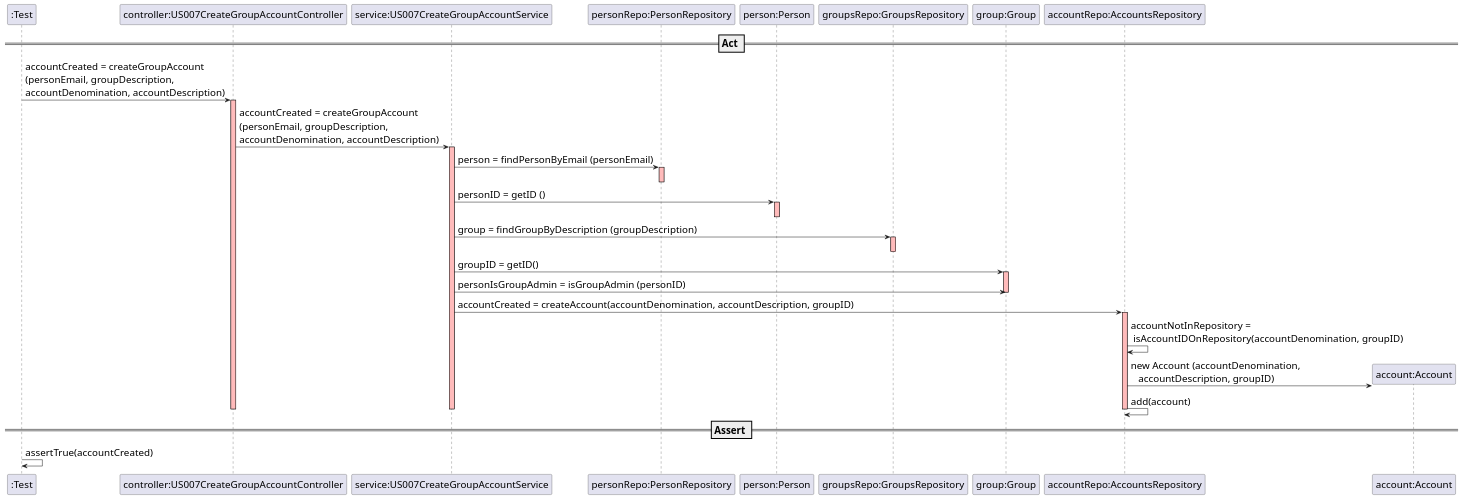
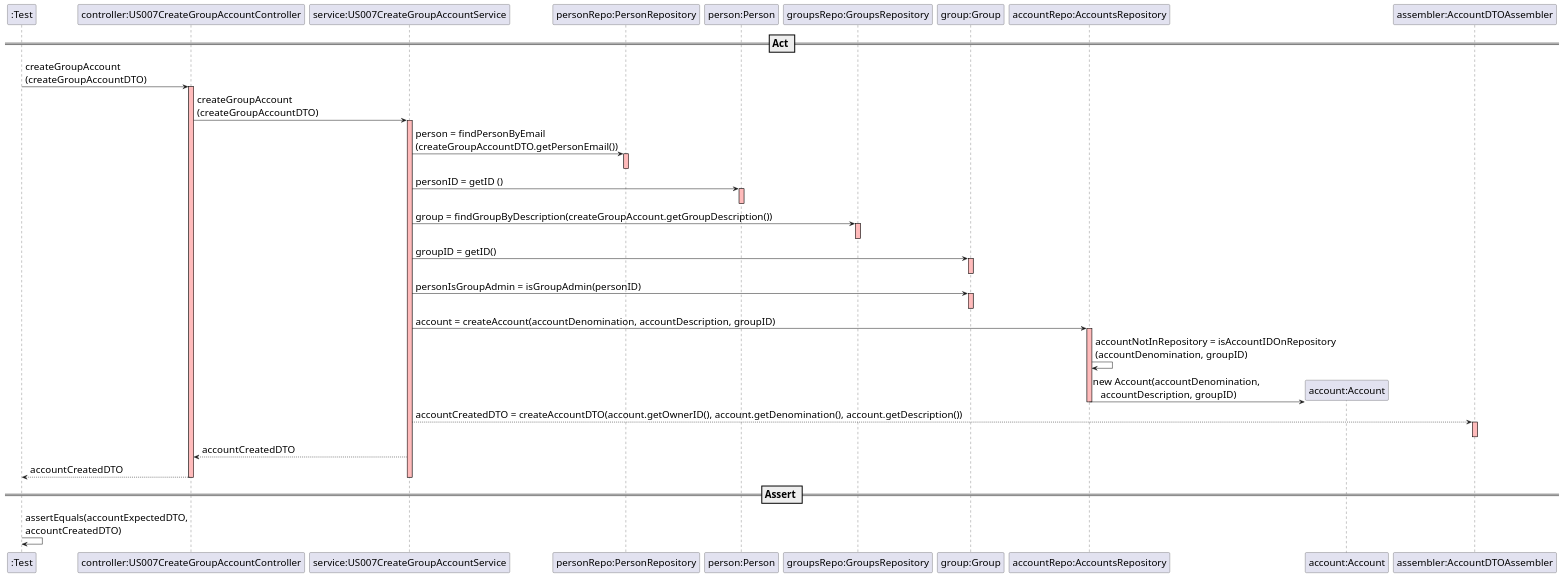
Before and after one commit to mleitaoribeiro/DevOpsMaven: the diagram in src/main/java/switch2019/project/controllerLayer/US007CreateGroupAccountSD.puml, drawn with PlantUML.

Commit message:
ref #653 update sequence Diagram US007

```diff
--- a/src/main/java/switch2019/project/controllerLayer/US007CreateGroupAccountSD.puml
+++ b/src/main/java/switch2019/project/controllerLayer/US007CreateGroupAccountSD.puml
@@ -1,62 +1,68 @@
 @startuml
 skinparam DefaultFontSize 20
 
 participant ":Test"
 participant "controller:US007CreateGroupAccountController"
 participant "service:US007CreateGroupAccountService"
 participant "personRepo:PersonRepository"
 participant "person:Person"
 participant "groupsRepo:GroupsRepository"
 participant "group:Group"
 participant "accountRepo:AccountsRepository"
 participant "account:Account"
+participant "assembler:AccountDTOAssembler"
 
 == Act ==
 
-":Test" -> "controller:US007CreateGroupAccountController" : accountCreated = createGroupAccount\n(personEmail, groupDescription, \naccountDenomination, accountDescription)
+":Test" -> "controller:US007CreateGroupAccountController" : createGroupAccount\n(createGroupAccountDTO)
 activate "controller:US007CreateGroupAccountController"  #FFBBBB
 
-"controller:US007CreateGroupAccountController" -> "service:US007CreateGroupAccountService" : accountCreated = createGroupAccount\n(personEmail, groupDescription, \naccountDenomination, accountDescription)
+"controller:US007CreateGroupAccountController" -> "service:US007CreateGroupAccountService" : createGroupAccount\n(createGroupAccountDTO)
 activate "service:US007CreateGroupAccountService"  #FFBBBB
 
-"service:US007CreateGroupAccountService" -> "personRepo:PersonRepository" : person = findPersonByEmail (personEmail)
+"service:US007CreateGroupAccountService" -> "personRepo:PersonRepository" : person = findPersonByEmail\n(createGroupAccountDTO.getPersonEmail())
 activate "personRepo:PersonRepository"  #FFBBBB
 deactivate "personRepo:PersonRepository"  #FFBBBB
 
 "service:US007CreateGroupAccountService" -> "person:Person" : personID = getID ()
 activate "person:Person"  #FFBBBB
 deactivate "person:Person"  #FFBBBB
 
-"service:US007CreateGroupAccountService" -> "groupsRepo:GroupsRepository" : group = findGroupByDescription (groupDescription)
+"service:US007CreateGroupAccountService" -> "groupsRepo:GroupsRepository" : group = findGroupByDescription(createGroupAccount.getGroupDescription())
 activate "groupsRepo:GroupsRepository"  #FFBBBB
 deactivate "groupsRepo:GroupsRepository"  #FFBBBB
 
 "service:US007CreateGroupAccountService" -> "group:Group" : groupID = getID()
 activate "group:Group" #FFBBBB
-"service:US007CreateGroupAccountService" -> "group:Group" : personIsGroupAdmin = isGroupAdmin (personID)
-deactivate "group:Group" #FFBBBB
+deactivate "group:Group"
 
+"service:US007CreateGroupAccountService" -> "group:Group" : personIsGroupAdmin = isGroupAdmin(personID)
+activate "group:Group" #FFBBBB
+deactivate "group:Group"
 
+"service:US007CreateGroupAccountService" -> "accountRepo:AccountsRepository" : account = createAccount(accountDenomination, accountDescription, groupID)
+activate "accountRepo:AccountsRepository" #FFBBBB
+"accountRepo:AccountsRepository" -> "accountRepo:AccountsRepository" : accountNotInRepository = isAccountIDOnRepository\n(accountDenomination, groupID)
+create "account:Account"
+"accountRepo:AccountsRepository" -> "account:Account" : new Account(accountDenomination, \n   accountDescription, groupID)
+deactivate "accountRepo:AccountsRepository" #FFBBBB
 
-"service:US007CreateGroupAccountService" -> "accountRepo:AccountsRepository" : accountCreated = createAccount(accountDenomination, accountDescription, groupID)
-activate "accountRepo:AccountsRepository" #FFBBBB
+"service:US007CreateGroupAccountService"--> "assembler:AccountDTOAssembler":accountCreatedDTO = createAccountDTO(account.getOwnerID(), account.getDenomination(), account.getDescription())
+activate "assembler:AccountDTOAssembler" #FFBBBB
+deactivate "assembler:AccountDTOAssembler"
 
-"accountRepo:AccountsRepository" -> "accountRepo:AccountsRepository" : accountNotInRepository = \n isAccountIDOnRepository(accountDenomination, groupID)
-
-
-create "account:Account"
-"accountRepo:AccountsRepository" -> "account:Account" : new Account (accountDenomination, \n   accountDescription, groupID)
-"accountRepo:AccountsRepository" -> "accountRepo:AccountsRepository" : add(account)
+"service:US007CreateGroupAccountService"--> "controller:US007CreateGroupAccountController": accountCreatedDTO
+"controller:US007CreateGroupAccountController" --> ":Test": accountCreatedDTO
 
 deactivate "accountRepo:AccountsRepository" #FFBBBB
 deactivate "group:Group" #FFBBBB
 deactivate "personRepo:PersonRepository" #FFBBBB
 deactivate "groupsRepo:GroupsRepository" #FFBBBB
 deactivate "service:US007CreateGroupAccountService"  #FFBBBB
 deactivate "controller:US007CreateGroupAccountController" #FFBBBB
 
 == Assert ==
 
-":Test" -> ":Test" : assertTrue(accountCreated)
+":Test" -> ":Test" : assertEquals(accountExpectedDTO,\naccountCreatedDTO)
 
 @enduml
```
